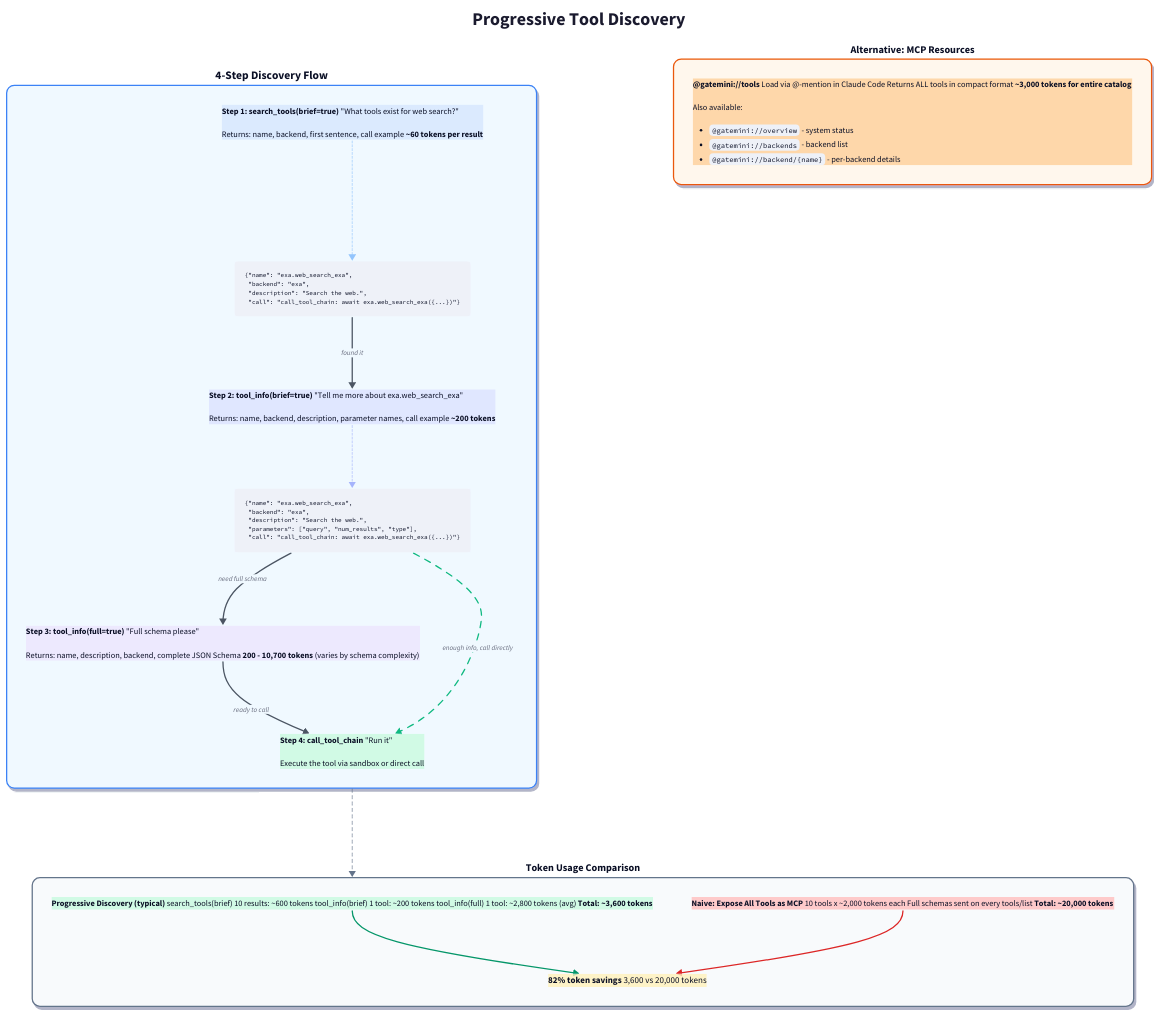
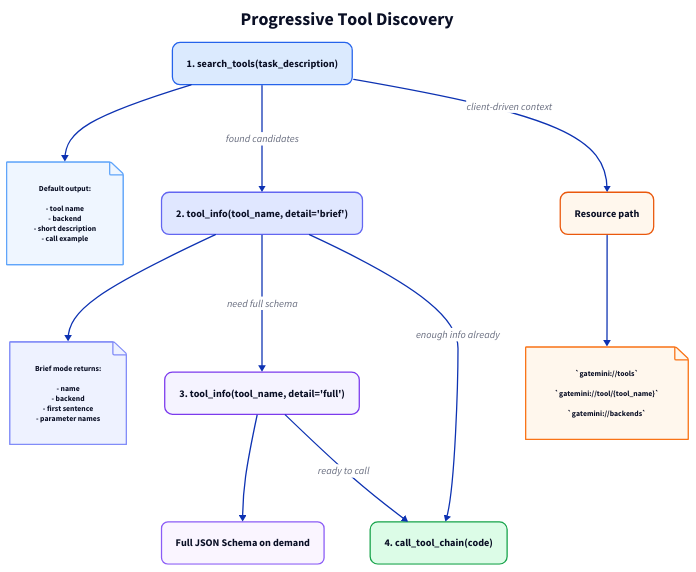
One commit to jonwraymond/PrismGate changed the diagram in docs/diagrams/tool-discovery.d2. Above: the diagram before and after it, drawn with D2. The commit also changed 45 other files, not shown here.

````diff
--- a/docs/diagrams/tool-discovery.d2
+++ b/docs/diagrams/tool-discovery.d2
@@ -1,266 +1,100 @@
-# Tool Discovery Flow
-# 4-step progressive discovery with token savings comparison
-
 direction: down
 
-title: {
-  label: Progressive Tool Discovery
+title: Progressive Tool Discovery {
+  shape: text
   near: top-center
-  shape: text
-  style: {
-    font-size: 28
-    bold: true
-    font-color: "#1a1a2e"
-  }
+  style.font-size: 28
+  style.bold: true
 }
 
-# --- Progressive Steps ---
-flow: {
-  label: "4-Step Discovery Flow"
-  style: {
-    fill: "#f0f9ff"
-    stroke: "#3b82f6"
-    border-radius: 12
-    shadow: true
-    font-size: 18
-    bold: true
-  }
-
-  step1: {
-    label: |md
-      **Step 1: search_tools(brief=true)**
-      "What tools exist for web search?"
-
-      Returns: name, backend, first sentence, call example
-      **~60 tokens per result**
-    |
-    shape: rectangle
-    style: {
-      fill: "#dbeafe"
-      stroke: "#2563eb"
-      border-radius: 8
-      font-size: 13
-    }
-  }
-
-  result1: {
-    label: |md
-      ```json
-      {"name": "exa.web_search_exa",
-       "backend": "exa",
-       "description": "Search the web.",
-       "call": "call_tool_chain: await exa.web_search_exa({...})"}
-      ```
-    |
-    shape: page
-    style: {
-      fill: "#eff6ff"
-      stroke: "#93c5fd"
-      border-radius: 6
-      font-size: 11
-    }
-  }
-
-  step2: {
-    label: |md
-      **Step 2: tool_info(brief=true)**
-      "Tell me more about exa.web_search_exa"
-
-      Returns: name, backend, description, parameter names, call example
-      **~200 tokens**
-    |
-    shape: rectangle
-    style: {
-      fill: "#e0e7ff"
-      stroke: "#6366f1"
-      border-radius: 8
-      font-size: 13
-    }
-  }
-
-  result2: {
-    label: |md
-      ```json
-      {"name": "exa.web_search_exa",
-       "backend": "exa",
-       "description": "Search the web.",
-       "parameters": ["query", "num_results", "type"],
-       "call": "call_tool_chain: await exa.web_search_exa({...})"}
-      ```
-    |
-    shape: page
-    style: {
-      fill: "#eef2ff"
-      stroke: "#a5b4fc"
-      border-radius: 6
-      font-size: 11
-    }
-  }
-
-  step3: {
-    label: |md
-      **Step 3: tool_info(full=true)**
-      "Full schema please"
-
-      Returns: name, description, backend, complete JSON Schema
-      **200 - 10,700 tokens** (varies by schema complexity)
-    |
-    shape: rectangle
-    style: {
-      fill: "#ede9fe"
-      stroke: "#8b5cf6"
-      border-radius: 8
-      font-size: 13
-    }
-  }
-
-  step4: {
-    label: |md
-      **Step 4: call_tool_chain**
-      "Run it"
-
-      Execute the tool via sandbox or direct call
-    |
-    shape: rectangle
-    style: {
-      fill: "#d1fae5"
-      stroke: "#059669"
-      border-radius: 8
-      font-size: 13
-      bold: true
-    }
-  }
-
-  step1 -> result1: {
-    style: { stroke: "#93c5fd"; stroke-width: 1; stroke-dash: 3 }
-  }
-  result1 -> step2: "found it" {
-    style: { stroke: "#4b5563"; stroke-width: 2; font-size: 11 }
-  }
-  step2 -> result2: {
-    style: { stroke: "#a5b4fc"; stroke-width: 1; stroke-dash: 3 }
-  }
-  result2 -> step3: "need full schema" {
-    style: { stroke: "#4b5563"; stroke-width: 2; font-size: 11 }
-  }
-  step3 -> step4: "ready to call" {
-    style: { stroke: "#4b5563"; stroke-width: 2; font-size: 11 }
-  }
-
-  # Skip path
-  result2 -> step4: "enough info, call directly" {
-    style: {
-      stroke: "#10b981"
-      stroke-width: 2
-      stroke-dash: 5
-      font-size: 11
-    }
-  }
+step1: Search {
+  label: "1. search_tools(task_description)"
+  style.fill: "#DBEAFE"
+  style.stroke: "#2563EB"
+  style.border-radius: 12
 }
 
-# --- Token Comparison ---
-comparison: {
-  label: "Token Usage Comparison"
-  style: {
-    fill: "#f8fafc"
-    stroke: "#64748b"
-    border-radius: 12
-    shadow: true
-    font-size: 16
-    bold: true
-  }
+step1_note: |md
+  Default output:
 
-  progressive: {
-    label: |md
-      **Progressive Discovery (typical)**
-      search_tools(brief) 10 results: ~600 tokens
-      tool_info(brief) 1 tool: ~200 tokens
-      tool_info(full) 1 tool: ~2,800 tokens (avg)
-      **Total: ~3,600 tokens**
-    |
-    shape: rectangle
-    style: {
-      fill: "#d1fae5"
-      stroke: "#059669"
-      border-radius: 8
-      font-size: 13
-    }
-  }
-
-  naive: {
-    label: |md
-      **Naive: Expose All Tools as MCP**
-      10 tools x ~2,000 tokens each
-      Full schemas sent on every tools/list
-      **Total: ~20,000 tokens**
-    |
-    shape: rectangle
-    style: {
-      fill: "#fecaca"
-      stroke: "#dc2626"
-      border-radius: 8
-      font-size: 13
-    }
-  }
-
-  savings: {
-    label: |md
-      **82% token savings**
-      3,600 vs 20,000 tokens
-    |
-    shape: rectangle
-    style: {
-      fill: "#fef3c7"
-      stroke: "#d97706"
-      border-radius: 8
-      font-size: 14
-      bold: true
-    }
-  }
-
-  progressive -> savings: {
-    style: { stroke: "#059669"; stroke-width: 2 }
-  }
-  naive -> savings: {
-    style: { stroke: "#dc2626"; stroke-width: 2 }
-  }
+  - tool name
+  - backend
+  - short description
+  - call example
+| {
+  shape: page
+  style.fill: "#EFF6FF"
+  style.stroke: "#60A5FA"
+  style.font-size: 12
 }
 
-# --- Alternative: Resource Path ---
-alternative: {
-  label: "Alternative: MCP Resources"
-  style: {
-    fill: "#fff7ed"
-    stroke: "#ea580c"
-    border-radius: 12
-    shadow: true
-    font-size: 16
-    bold: true
-  }
-
-  resource: {
-    label: |md
-      **@gatemini://tools**
-      Load via @-mention in Claude Code
-      Returns ALL tools in compact format
-      **~3,000 tokens for entire catalog**
-
-      Also available:
-      - `@gatemini://overview` - system status
-      - `@gatemini://backends` - backend list
-      - `@gatemini://backend/{name}` - per-backend details
-    |
-    shape: rectangle
-    style: {
-      fill: "#fed7aa"
-      stroke: "#ea580c"
-      border-radius: 8
-      font-size: 13
-    }
-  }
+step2: Inspect {
+  label: "2. tool_info(tool_name, detail='brief')"
+  style.fill: "#E0E7FF"
+  style.stroke: "#6366F1"
+  style.border-radius: 12
 }
 
-# --- Layout connections ---
-flow -> comparison: {
-  style: { stroke: "#64748b"; stroke-width: 1; stroke-dash: 5 }
+step2_note: |md
+  Brief mode returns:
+
+  - name
+  - backend
+  - first sentence
+  - parameter names
+| {
+  shape: page
+  style.fill: "#EEF2FF"
+  style.stroke: "#818CF8"
+  style.font-size: 12
 }
+
+step3: Schema {
+  label: "3. tool_info(tool_name, detail='full')"
+  style.fill: "#F5F3FF"
+  style.stroke: "#7C3AED"
+  style.border-radius: 12
+}
+
+step3_note: Full JSON Schema on demand {
+  style.fill: "#FAF5FF"
+  style.stroke: "#8B5CF6"
+  style.border-radius: 10
+}
+
+step4: Execute {
+  label: "4. call_tool_chain(code)"
+  style.fill: "#DCFCE7"
+  style.stroke: "#16A34A"
+  style.border-radius: 12
+  style.bold: true
+}
+
+resources: Resource path {
+  style.fill: "#FFF7ED"
+  style.stroke: "#EA580C"
+  style.border-radius: 12
+}
+
+resources_note: |md
+  `gatemini://tools`
+
+  `gatemini://tool/{tool_name}`
+
+  `gatemini://backends`
+| {
+  shape: page
+  style.fill: "#FFF7ED"
+  style.stroke: "#F97316"
+  style.font-size: 12
+}
+
+step1 -> step1_note
+step1 -> step2: found candidates
+step2 -> step2_note
+step2 -> step3: need full schema
+step2 -> step4: enough info already
+step3 -> step3_note
+step3 -> step4: ready to call
+step1 -> resources: client-driven context
+resources -> resources_note
````
